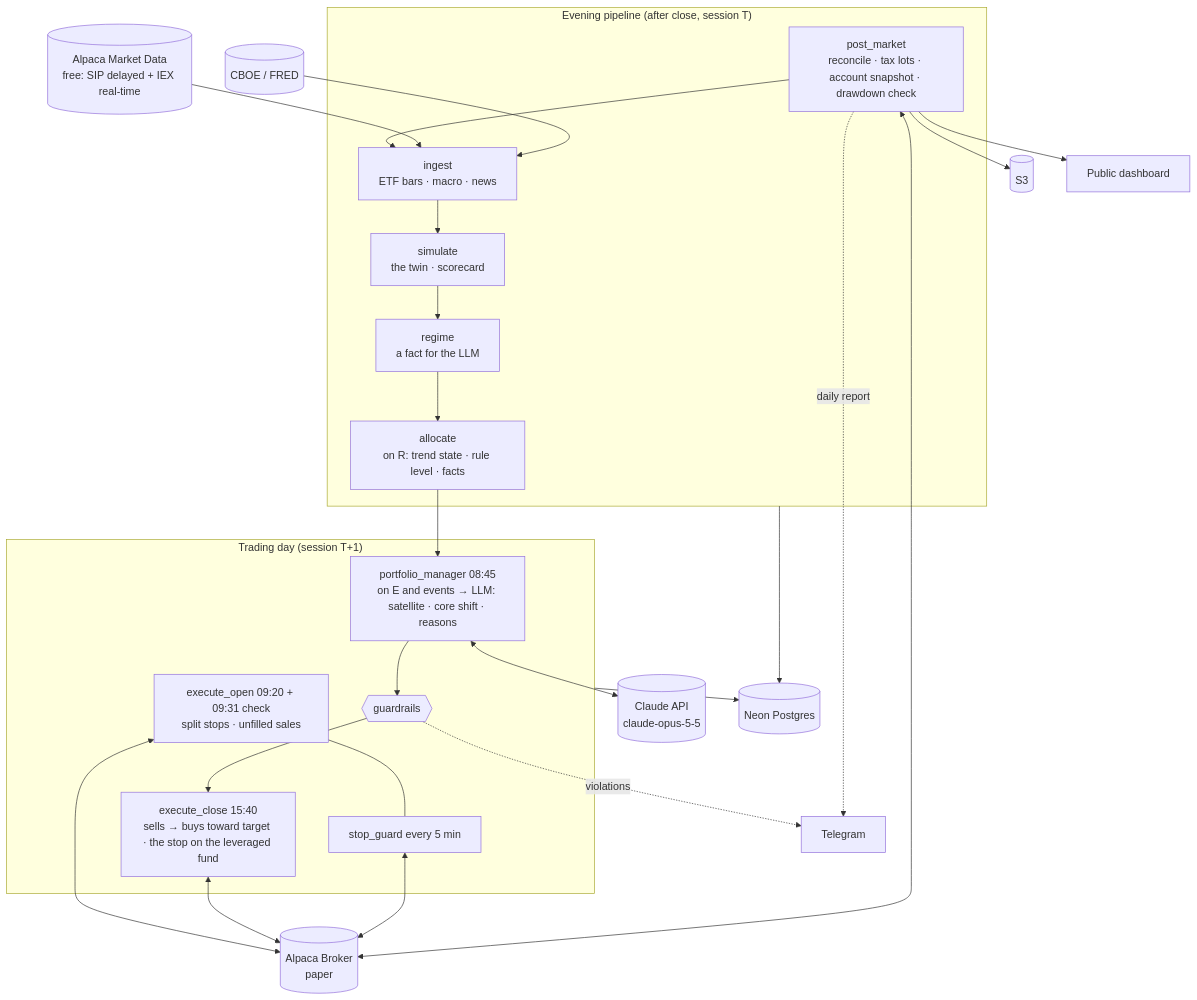
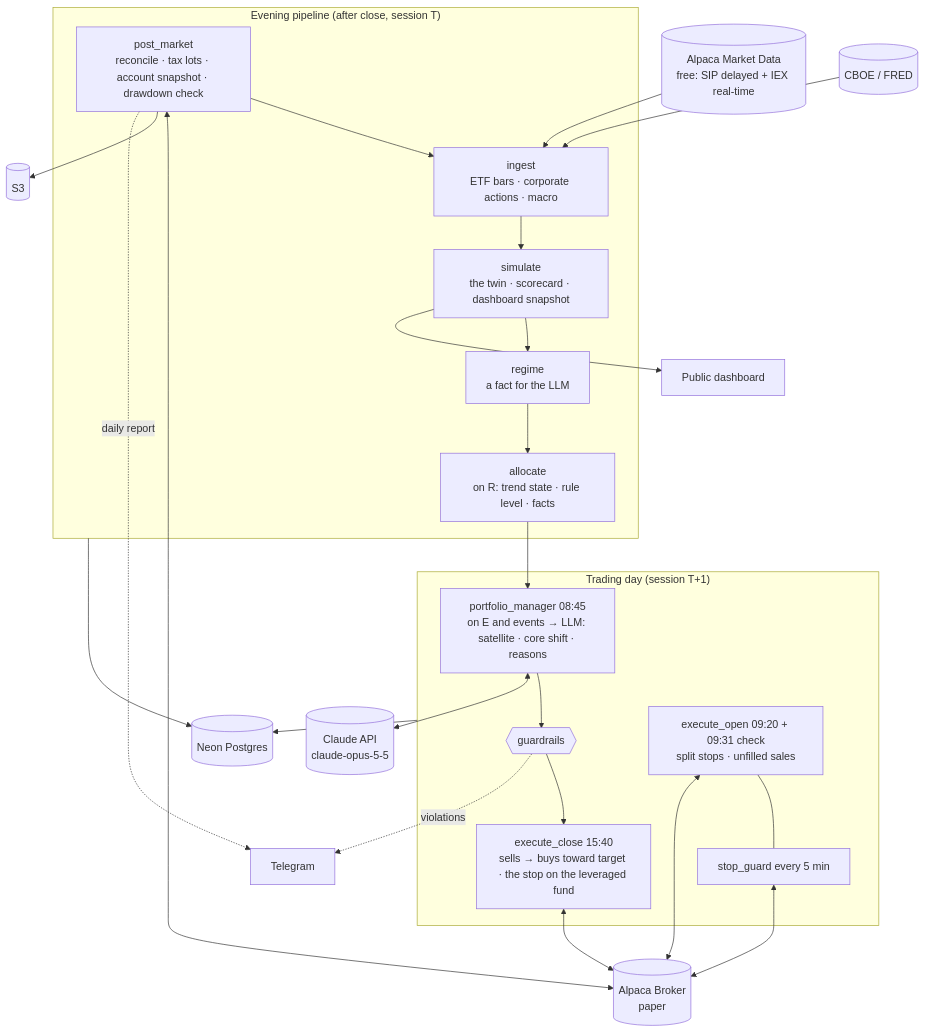
One commit to Dima252/AuraTrade changed the diagram in README.md. Above: the diagram before and after it, drawn with Mermaid. The commit also changed other lines of this file and 8 other files, not shown here.

````diff
--- a/README.md
+++ b/README.md
@@ -54,46 +54,46 @@
 ```mermaid
 flowchart TD
     subgraph EVE["Evening pipeline (after close, session T)"]
         PM1[post_market<br/>reconcile · tax lots · account snapshot · drawdown check]
-        ING[ingest<br/>ETF bars · macro · news]
-        SIM[simulate<br/>the twin · scorecard]
+        ING[ingest<br/>ETF bars · corporate actions · macro]
+        SIM[simulate<br/>the twin · scorecard · dashboard snapshot]
         REG[regime<br/>a fact for the LLM]
         ALC[allocate<br/>on R: trend state · rule level · facts]
         PM1 --> ING --> SIM --> REG --> ALC
     end
 
     subgraph DAY["Trading day (session T+1)"]
         PMG[portfolio_manager 08:45<br/>on E and events → LLM: satellite · core shift · reasons]
         GR{{guardrails}}
         EXO[execute_open 09:20 + 09:31 check<br/>split stops · unfilled sales]
         EXC[execute_close 15:40<br/>sells → buys toward target · the stop on the leveraged fund]
         SG[stop_guard every 5 min]
         PMG --> GR --> EXC
         EXO --- SG
     end
 
     ALC --> PMG
 
     ALPD[(Alpaca Market Data<br/>free: SIP delayed + IEX real-time)]
     ALPB[(Alpaca Broker<br/>paper)]
     MAC[(CBOE / FRED)]
     CL[(Claude API<br/>claude-opus-5-5)]
     DB[(Neon Postgres)]
     S3[(S3)]
     TG[Telegram]
     WEB[Public dashboard]
 
     ALPD --> ING
     MAC --> ING
     PMG <--> CL
     EXO <--> ALPB
     EXC <--> ALPB
     SG <--> ALPB
     PM1 <--> ALPB
     EVE --> DB
     DAY --> DB
     PM1 --> S3
-    PM1 --> WEB
+    SIM --> WEB
     GR -. violations .-> TG
     PM1 -. daily report .-> TG
 ```
````
